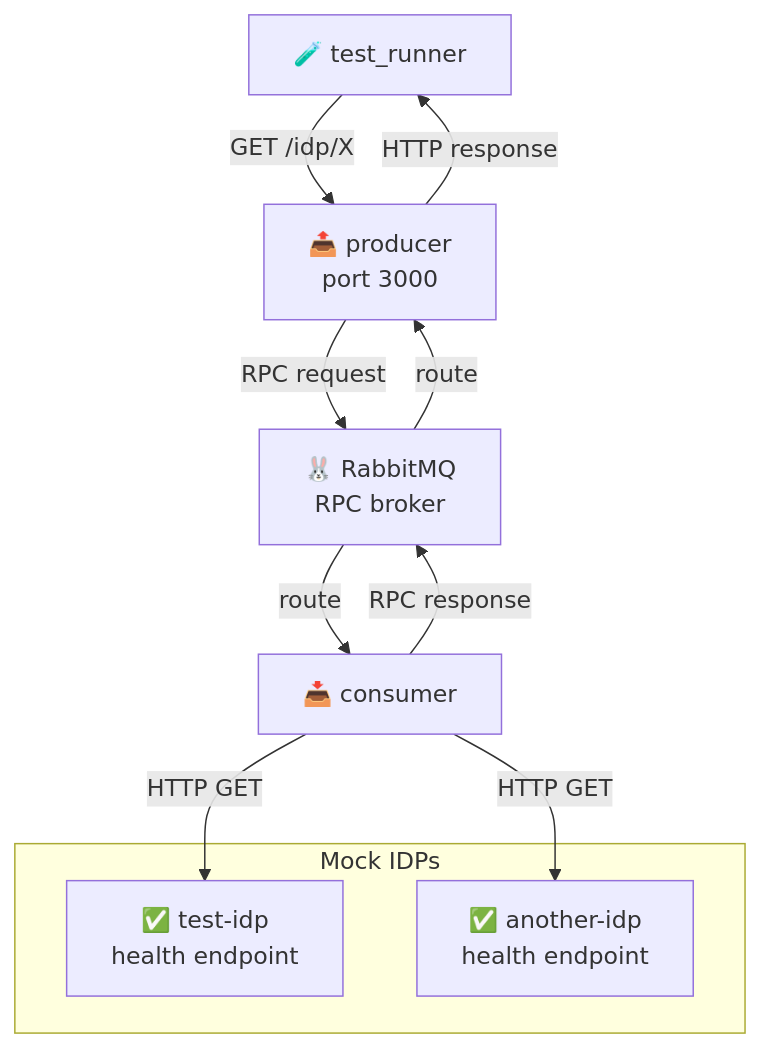
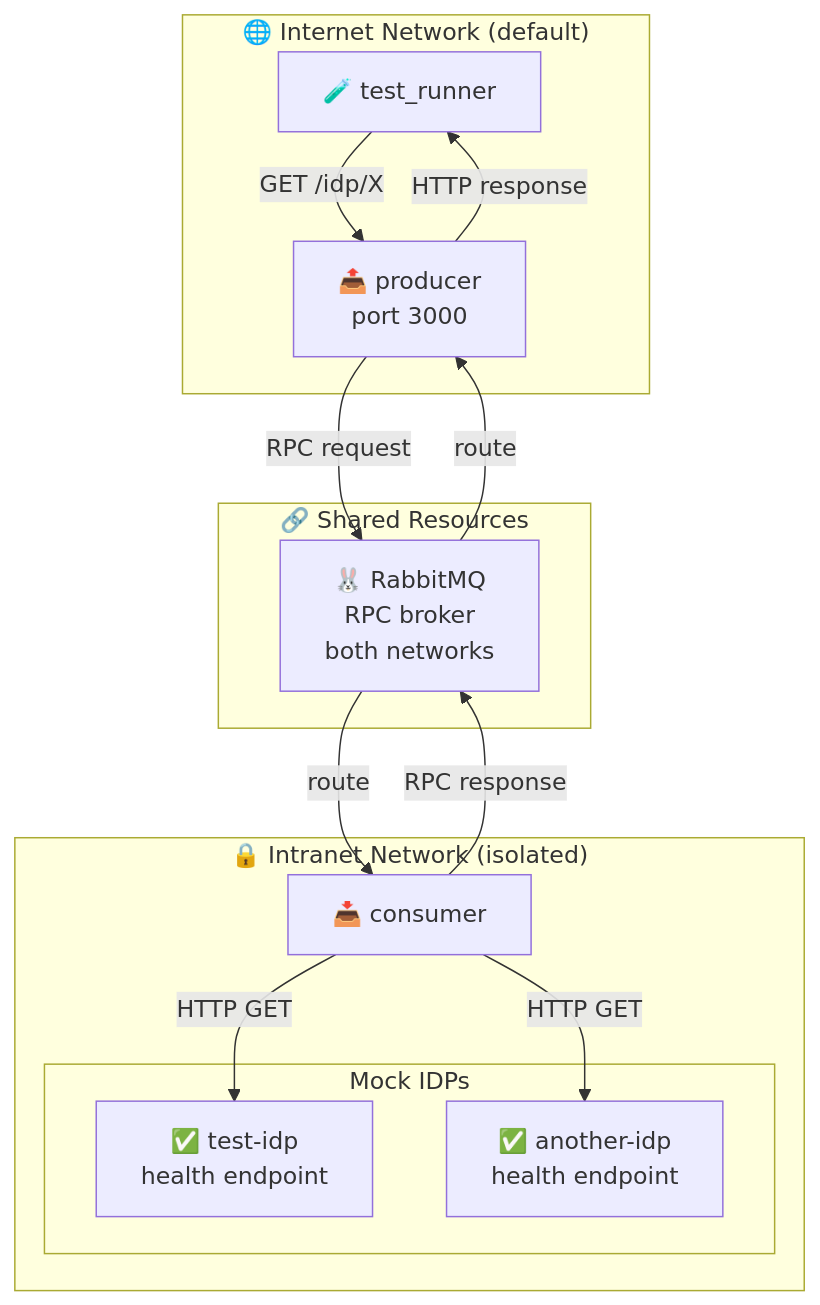
One commit to proconnect-gouv/idp-status-monitoring changed the diagram in examples/idp_health_check_rpc/README.md. Above: the diagram before and after it, drawn with Mermaid. The commit also changed 2 other files, not shown here.

Commit message:
docs: enhance architecture diagrams with network subgraphs
- Added internet (🌐) and intranet (🔒) network subgraphs to all examples
- Added shared resources (🔗) subgraph for RabbitMQ broker
- Improved diagram clarity showing network boundaries and isolation
- Added emojis to subgraph titles for visual distinction

````diff
--- a/examples/idp_health_check_rpc/README.md
+++ b/examples/idp_health_check_rpc/README.md
@@ -7,21 +7,28 @@
 ```mermaid
 graph TB
-    test["🧪 test_runner"]
-    producer["📤 producer<br/>port 3000"]
-    consumer["📥 consumer"]
-    rabbitmq["🐰 RabbitMQ<br/>RPC broker"]
+    subgraph internet["🌐 Internet Network (default)"]
+        test["🧪 test_runner"]
+        producer["📤 producer<br/>port 3000"]
+    end
 
-    subgraph idps["Mock IDPs"]
-        idp1["✅ test-idp<br/>health endpoint"]
-        idp2["✅ another-idp<br/>health endpoint"]
+    subgraph intranet["🔒 Intranet Network (isolated)"]
+        consumer["📥 consumer"]
+        subgraph idps["Mock IDPs"]
+            idp1["✅ test-idp<br/>health endpoint"]
+            idp2["✅ another-idp<br/>health endpoint"]
+        end
+    end
+
+    subgraph shared["🔗 Shared Resources"]
+        rabbitmq["🐰 RabbitMQ<br/>RPC broker<br/>both networks"]
     end
 
     test -->|GET /idp/X| producer
     producer -->|RPC request| rabbitmq
     rabbitmq -->|route| consumer
     consumer -->|HTTP GET| idp1
     consumer -->|HTTP GET| idp2
     consumer -->|RPC response| rabbitmq
     rabbitmq -->|route| producer
     producer -->|HTTP response| test
 ```
````
